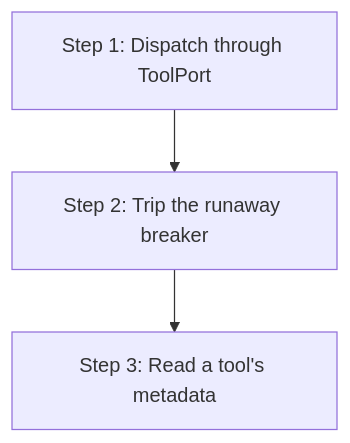
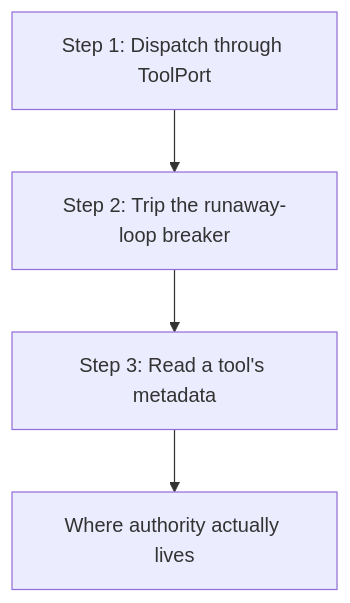
One commit to mdz-axo/zed-kask changed the diagram in kask/docs/diataxis/hkask-capability/tutorial.md. Above: the diagram before and after it, drawn with Mermaid. The commit also changed other lines of this file and 41 other files, not shown here.

````diff
--- a/kask/docs/diataxis/hkask-capability/tutorial.md
+++ b/kask/docs/diataxis/hkask-capability/tutorial.md
@@ -32,5 +28,6 @@
 ```mermaid
 flowchart TD
-    A[Step 1: Dispatch through ToolPort] --> B[Step 2: Trip the runaway breaker]
+    A[Step 1: Dispatch through ToolPort] --> B[Step 2: Trip the runaway-loop breaker]
     B --> C[Step 3: Read a tool's metadata]
+    C --> D[Where authority actually lives]
 ```
````
